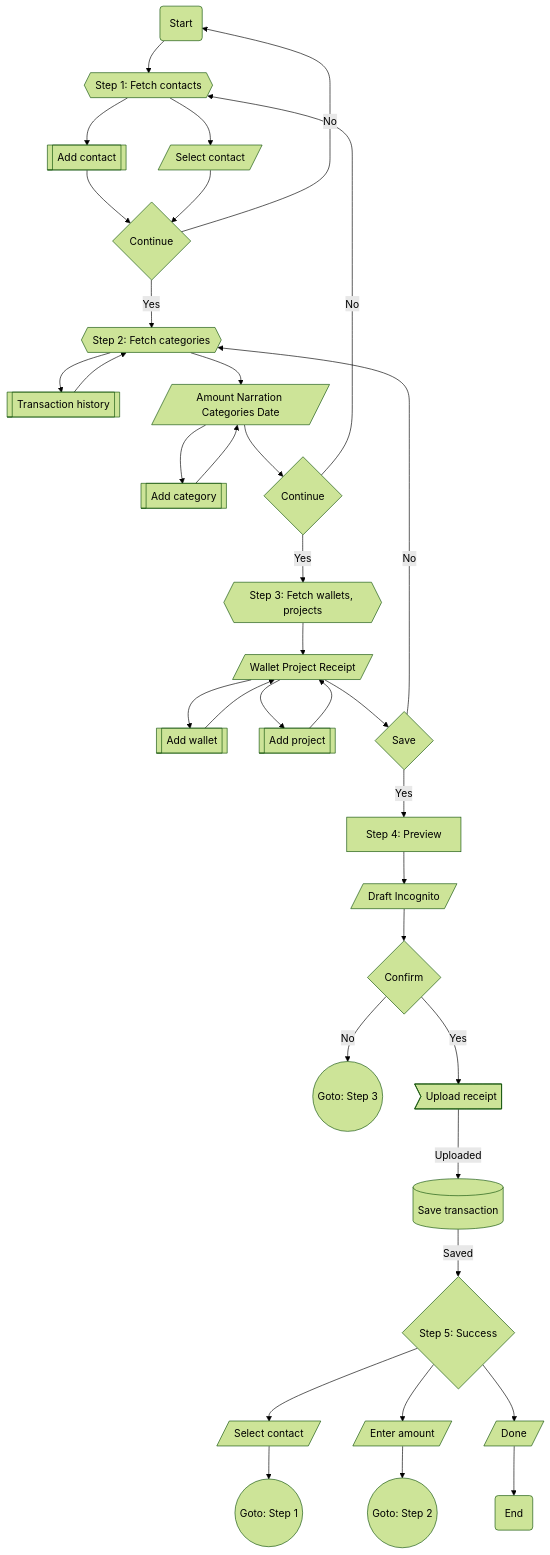
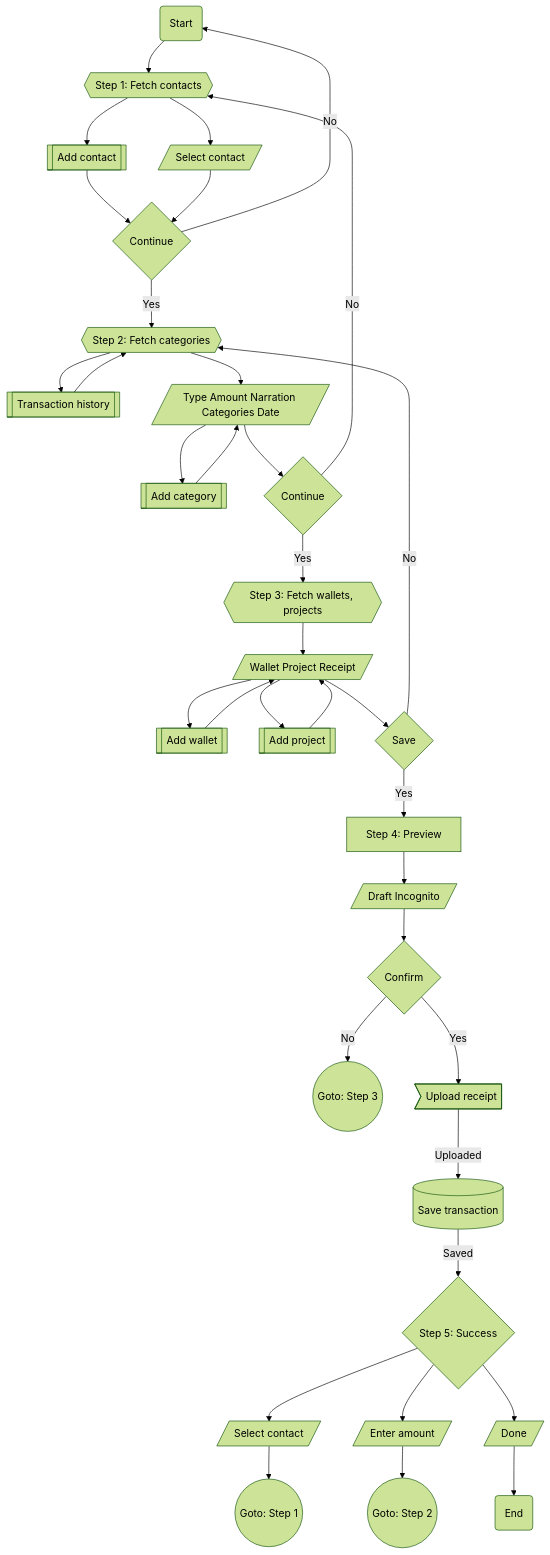
Before and after one commit to 2gbeh/fedora: the second of 2 diagrams in README.md, drawn with Mermaid (forest theme). The commit also changed other lines of this file and 16 other files, not shown here.

````diff
--- a/README.md
+++ b/README.md
@@ -79,67 +80,67 @@
 ```mermaid
 flowchart TD
     Start(Start)
     Step1Ref((Goto: Step 1))
     Step1{{Step 1: Fetch contacts}}
     AddContact[[Add contact]]
     Contact[/Select contact/]
     Step1Next{Continue}
     Step2Ref((Goto: Step 2))
     Step2{{Step 2: Fetch categories}}
     History[[Transaction history]]
-    Step2Form[/Amount Narration Categories Date/]
+    Step2Form[/Type Amount Narration Categories Date/]
     AddCategory[[Add category]]
     Step2Next{Continue}
     Step3Ref((Goto: Step 3))
     Step3{{Step 3: Fetch wallets, projects}}
     Step3Form[/Wallet Project Receipt/]
     AddWallet[[Add wallet]]
     AddProject[[Add project]]
     Step3Next{Save}
     Step4[Step 4: Preview]
     Step4Form[/Draft Incognito/]
     Step4Next{Confirm}
     Storage>Upload receipt]
     Database[(Save transaction)]
     Step5{Step 5: Success}
     Step5Next1[/Select contact/]
     Step5Next2[/Enter amount/]
     Step5Next3[/Done/]
     End(End)
 
     Start --> Step1
     Step1 --> AddContact
     Step1 --> Contact
     AddContact --> Step1Next
     Contact --> Step1Next
     Step1Next -- Yes --> Step2
     Step1Next -- No --> Start
     Step2 --> Step2Form
     Step2 --> History
     History --> Step2
     Step2Form --> Step2Next
     Step2Form --> AddCategory
     AddCategory --> Step2Form
     Step2Next -- Yes --> Step3
     Step2Next -- No --> Step1
     Step3 --> Step3Form
     Step3Form --> Step3Next
     Step3Form --> AddWallet
     AddWallet --> Step3Form    
     Step3Form --> AddProject
     AddProject --> Step3Form    
     Step3Next -- Yes --> Step4
     Step3Next -- No --> Step2
     Step4 --> Step4Form
     Step4Form --> Step4Next
     Step4Next -- Yes --> Storage
     Step4Next -- No --> Step3Ref
     Storage -- Uploaded --> Database
     Database -- Saved --> Step5
     Step5 --> Step5Next1 
     Step5 --> Step5Next2 
     Step5 --> Step5Next3 
     Step5Next1 --> Step1Ref
     Step5Next2 --> Step2Ref
     Step5Next3 --> End 
 ```
````
